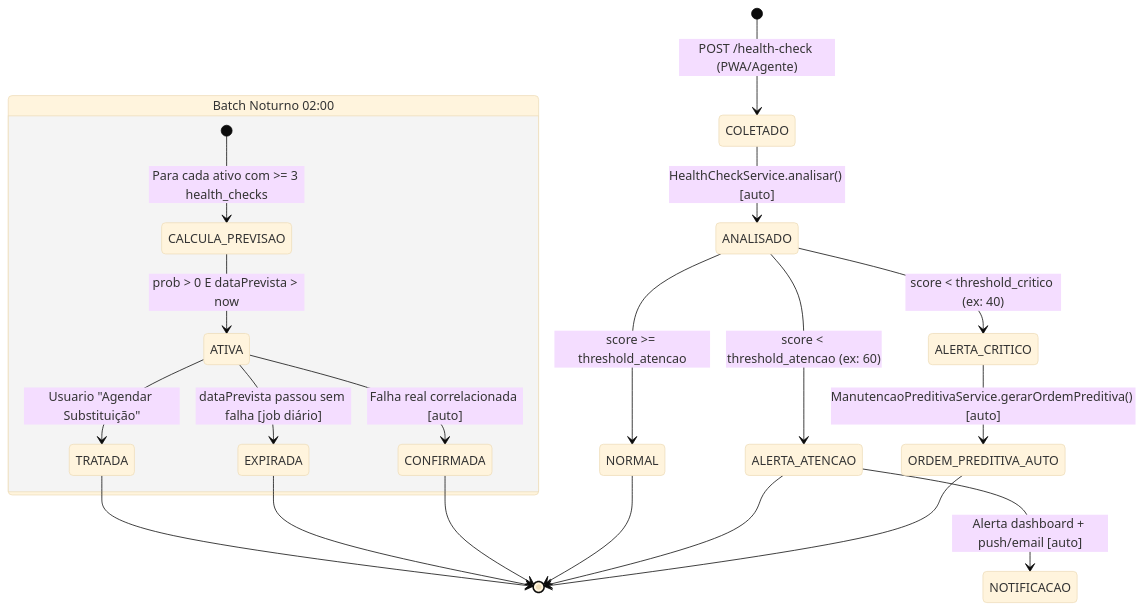
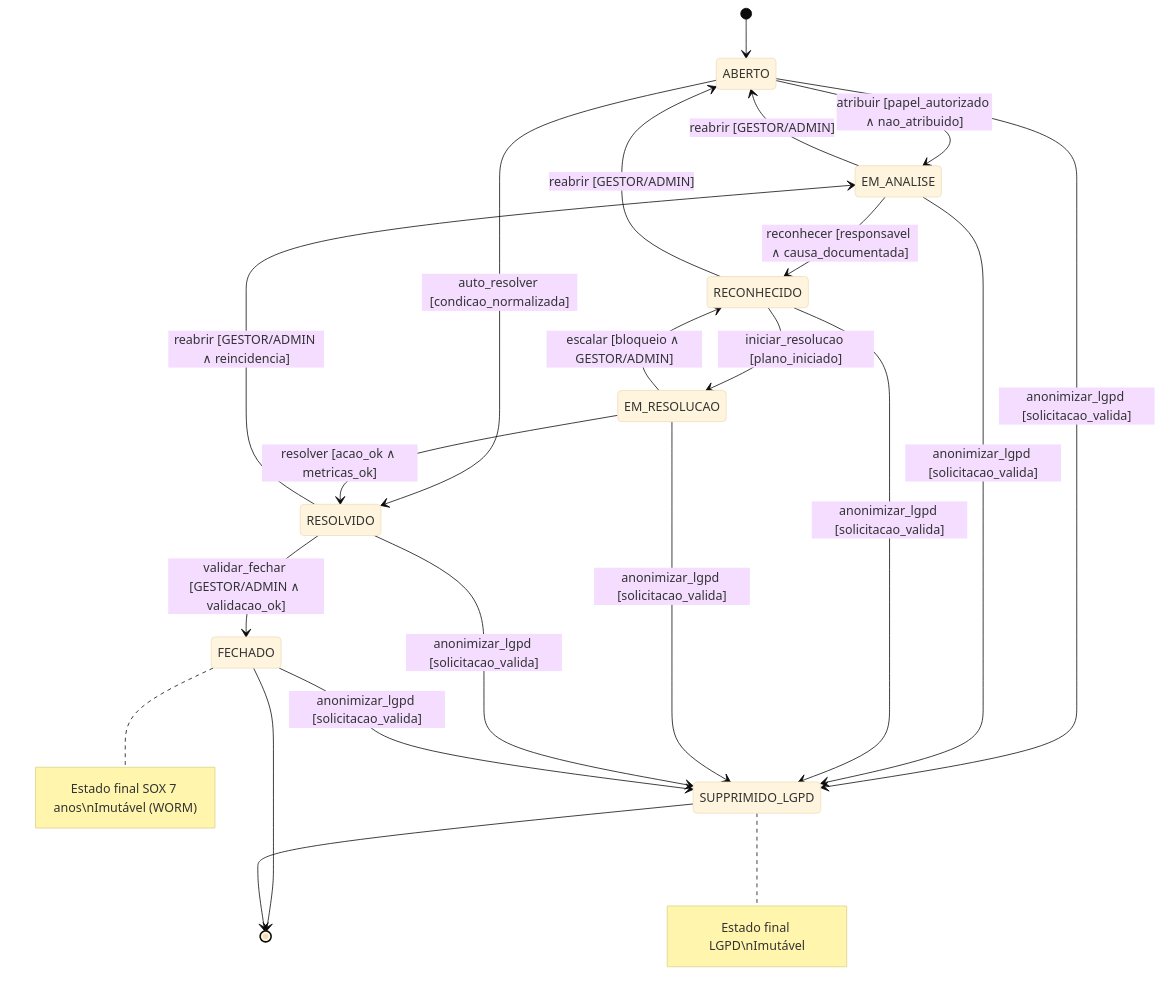
The fourth of 5 diagrams in docs/03-architecture/state-machines.md (diogo-rp-menezes/aegispatrimonio), drawn with Mermaid (base theme) before and after one commit. The commit also changed other lines of this file and 78 other files, not shown here.

````diff
--- a/docs/03-architecture/state-machines.md
+++ b/docs/03-architecture/state-machines.md
@@ -211,27 +248,25 @@
 ```mermaid
 stateDiagram-v2
-    [*] --> COLETADO: POST /health-check (PWA/Agente)
-    COLETADO --> ANALISADO: HealthCheckService.analisar() [auto]
+    [*] --> ABERTO
+    ABERTO --> EM_ANALISE: atribuir [papel_autorizado ∧ nao_atribuido]
+    ABERTO --> RESOLVIDO: auto_resolver [condicao_normalizada]
+    EM_ANALISE --> RECONHECIDO: reconhecer [responsavel ∧ causa_documentada]
+    EM_ANALISE --> ABERTO: reabrir [GESTOR/ADMIN]
+    RECONHECIDO --> EM_RESOLUCAO: iniciar_resolucao [plano_iniciado]
+    RECONHECIDO --> ABERTO: reabrir [GESTOR/ADMIN]
+    EM_RESOLUCAO --> RESOLVIDO: resolver [acao_ok ∧ metricas_ok]
+    EM_RESOLUCAO --> RECONHECIDO: escalar [bloqueio ∧ GESTOR/ADMIN]
+    RESOLVIDO --> FECHADO: validar_fechar [GESTOR/ADMIN ∧ validacao_ok]
+    RESOLVIDO --> EM_ANALISE: reabrir [GESTOR/ADMIN ∧ reincidencia]
+    ABERTO --> SUPPRIMIDO_LGPD: anonimizar_lgpd [solicitacao_valida]
+    EM_ANALISE --> SUPPRIMIDO_LGPD: anonimizar_lgpd [solicitacao_valida]
+    RECONHECIDO --> SUPPRIMIDO_LGPD: anonimizar_lgpd [solicitacao_valida]
+    EM_RESOLUCAO --> SUPPRIMIDO_LGPD: anonimizar_lgpd [solicitacao_valida]
+    RESOLVIDO --> SUPPRIMIDO_LGPD: anonimizar_lgpd [solicitacao_valida]
+    FECHADO --> SUPPRIMIDO_LGPD: anonimizar_lgpd [solicitacao_valida]
+    FECHADO --> [*]
+    SUPPRIMIDO_LGPD --> [*]
     
-    ANALISADO --> NORMAL: score >= threshold_atencao
-    ANALISADO --> ALERTA_ATENCAO: score < threshold_atencao (ex: 60)
-    ANALISADO --> ALERTA_CRITICO: score < threshold_critico (ex: 40)
-    
-    ALERTA_CRITICO --> ORDEM_PREDITIVA_AUTO: ManutencaoPreditivaService.gerarOrdemPreditiva() [auto]
-    ALERTA_ATENCAO --> NOTIFICACAO: Alerta dashboard + push/email [auto]
-    
-    state "Batch Noturno 02:00" as BATCH {
-        [*] --> CALCULA_PREVISAO: Para cada ativo com >= 3 health_checks
-        CALCULA_PREVISAO --> ATIVA: prob > 0 E dataPrevista > now
-        ATIVA --> TRATADA: Usuario "Agendar Substituição"
-        ATIVA --> EXPIRADA: dataPrevista passou sem falha [job diário]
-        ATIVA --> CONFIRMADA: Falha real correlacionada [auto]
-    }
-    
-    TRATADA --> [*]
-    EXPIRADA --> [*]
-    CONFIRMADA --> [*]
-    NORMAL --> [*]
-    ALERTA_ATENCAO --> [*]
-    ORDEM_PREDITIVA_AUTO --> [*]
+    note right of FECHADO: Estado final SOX 7 anos\nImutável (WORM)
+    note right of SUPPRIMIDO_LGPD: Estado final LGPD\nImutável
 ```
````
